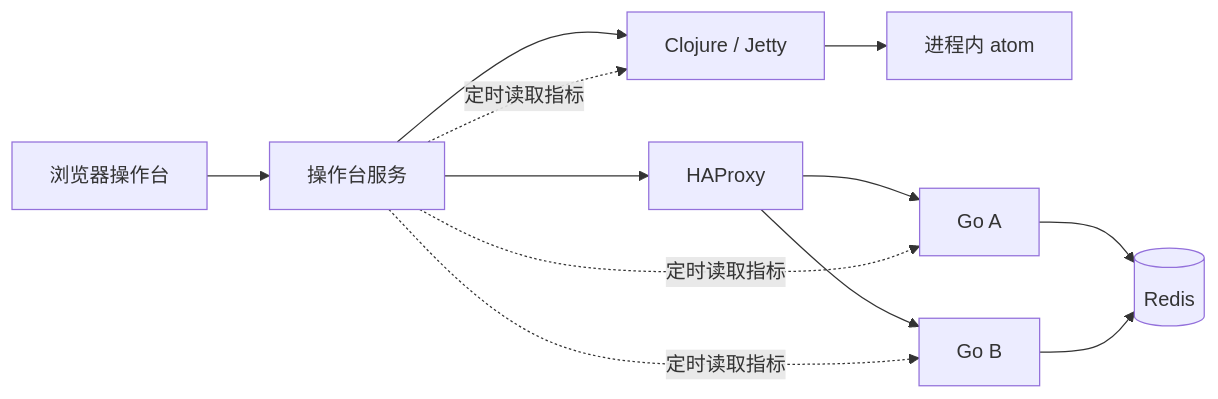
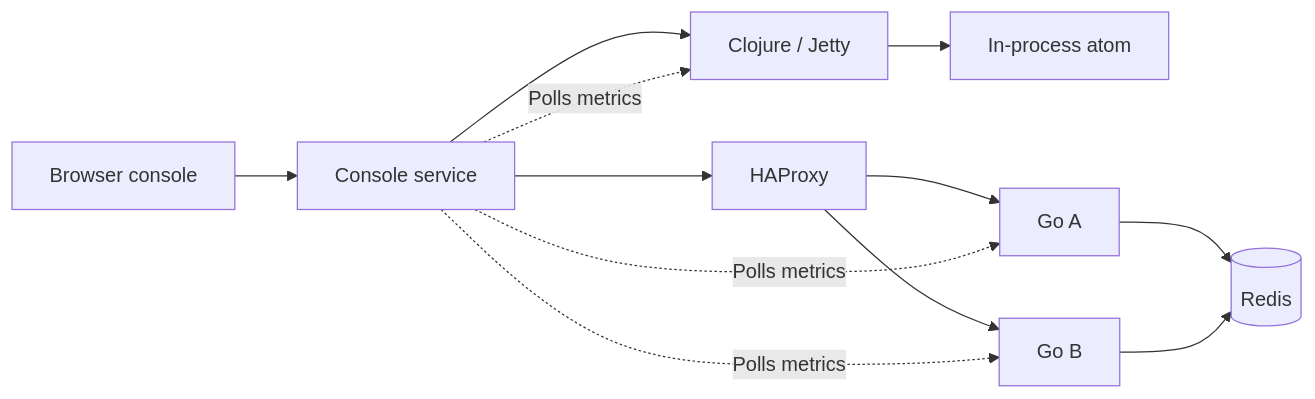
One commit to ICEMAN-CN/Leaky_Bucket_Rate_Limiter changed the diagram in docs/interview.md. Above: the diagram before and after it, drawn with Mermaid. The commit also changed other lines of this file and 28 other files, not shown here.

````diff
--- a/docs/interview.md
+++ b/docs/interview.md
@@ -48,14 +48,14 @@
 ```mermaid
 flowchart LR
-  UI[浏览器操作台] --> C[操作台服务]
+  UI[Browser console] --> C[Console service]
   C --> CLJ[Clojure / Jetty]
-  CLJ --> STATE[进程内 atom]
+  CLJ --> STATE[In-process atom]
   C --> LB[HAProxy]
   LB --> A[Go A]
   LB --> B[Go B]
   A --> R[(Redis)]
   B --> R
-  C -.定时读取指标.-> CLJ
-  C -.定时读取指标.-> A
-  C -.定时读取指标.-> B
+  C -. Polls metrics .-> CLJ
+  C -. Polls metrics .-> A
+  C -. Polls metrics .-> B
 ```
````
